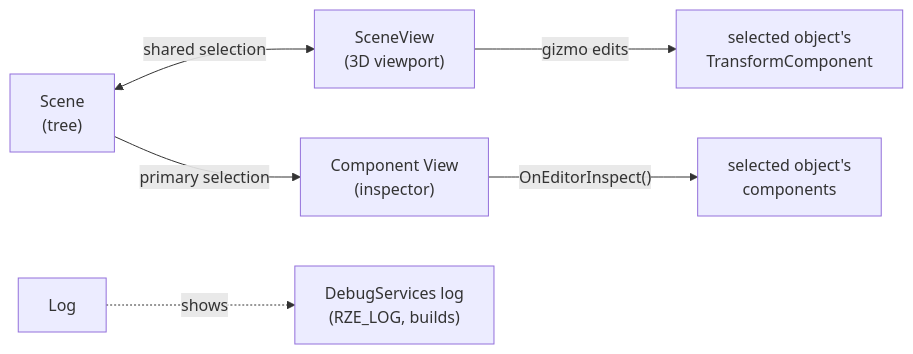
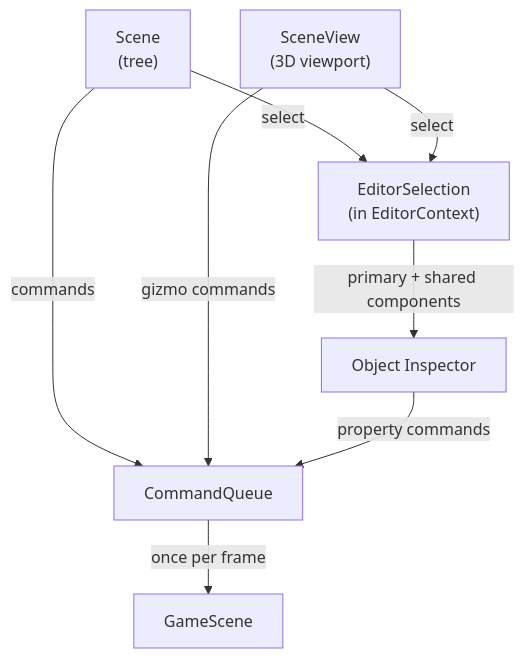
One commit to b1nary0/RZE changed the first of 3 diagrams in Docs/Generated/Engine/07-Editor/Editor-Panels.md. Above: the diagram before and after it, drawn with Mermaid. The commit also changed other lines of this file and 18 other files, not shown here.

````diff
--- a/Docs/Generated/Engine/07-Editor/Editor-Panels.md
+++ b/Docs/Generated/Engine/07-Editor/Editor-Panels.md
@@ -5,9 +14,11 @@
 ```mermaid
 %%{init: {'flowchart': {'subGraphTitleMargin': {'top': 6, 'bottom': 10}}, 'themeCSS': '.labelBkg, .edgeLabel { background-color: var(--background-primary) !important; } .messageText, .labelText, .loopText { paint-order: stroke; stroke: var(--background-primary); stroke-width: 5px; stroke-linejoin: round; }'}}%%
-flowchart LR
-    Scene["Scene<br/>(tree)"] <-->|"shared selection"| SV["SceneView<br/>(3D viewport)"]
-    Scene -->|"primary selection"| CV["Component View<br/>(inspector)"]
-    SV -->|"gizmo edits"| TC["selected object's<br/>TransformComponent"]
-    CV -->|"OnEditorInspect()"| Comps["selected object's<br/>components"]
-    Log["Log"] -.->|"shows"| DS["DebugServices log<br/>(RZE_LOG, builds)"]
+flowchart TD
+    Scene["Scene<br/>(tree)"] -->|"select"| Sel["EditorSelection<br/>(in EditorContext)"]
+    SV["SceneView<br/>(3D viewport)"] -->|"select"| Sel
+    Sel -->|"primary + shared components"| OI["Object Inspector"]
+    Scene -->|"commands"| Q["CommandQueue"]
+    SV -->|"gizmo commands"| Q
+    OI -->|"property commands"| Q
+    Q -->|"once per frame"| GS["GameScene"]
 ```
````
